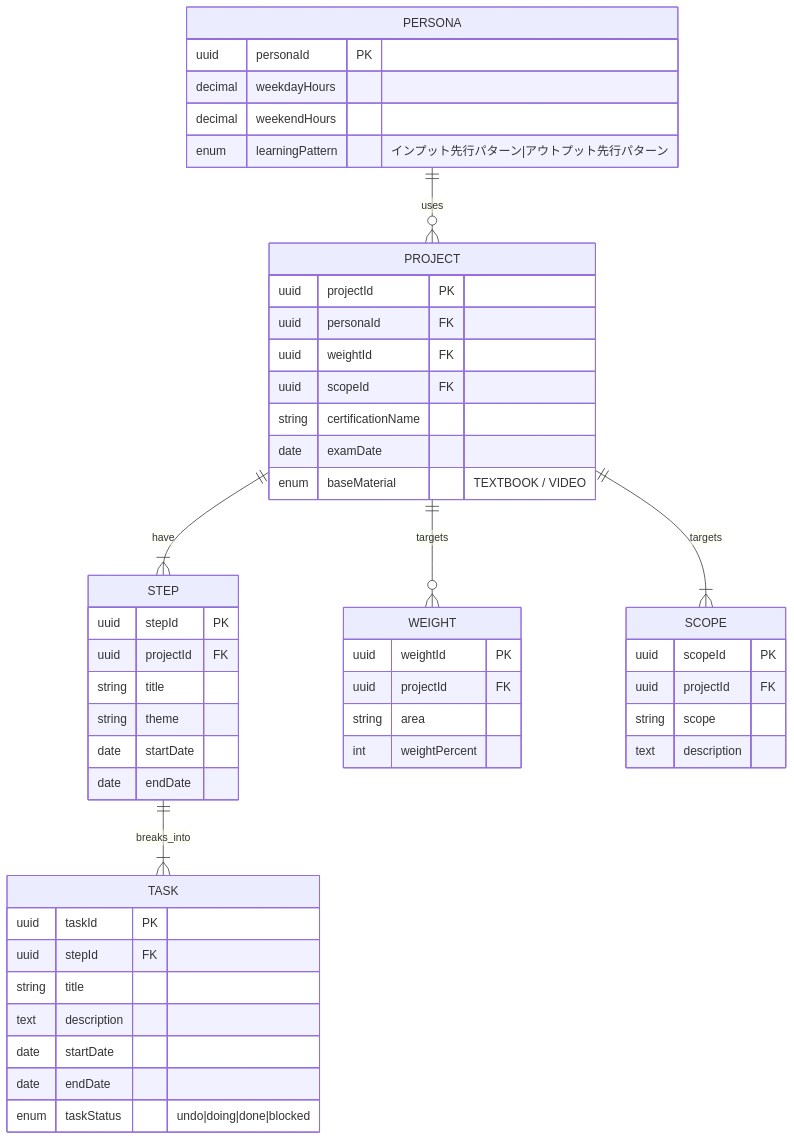
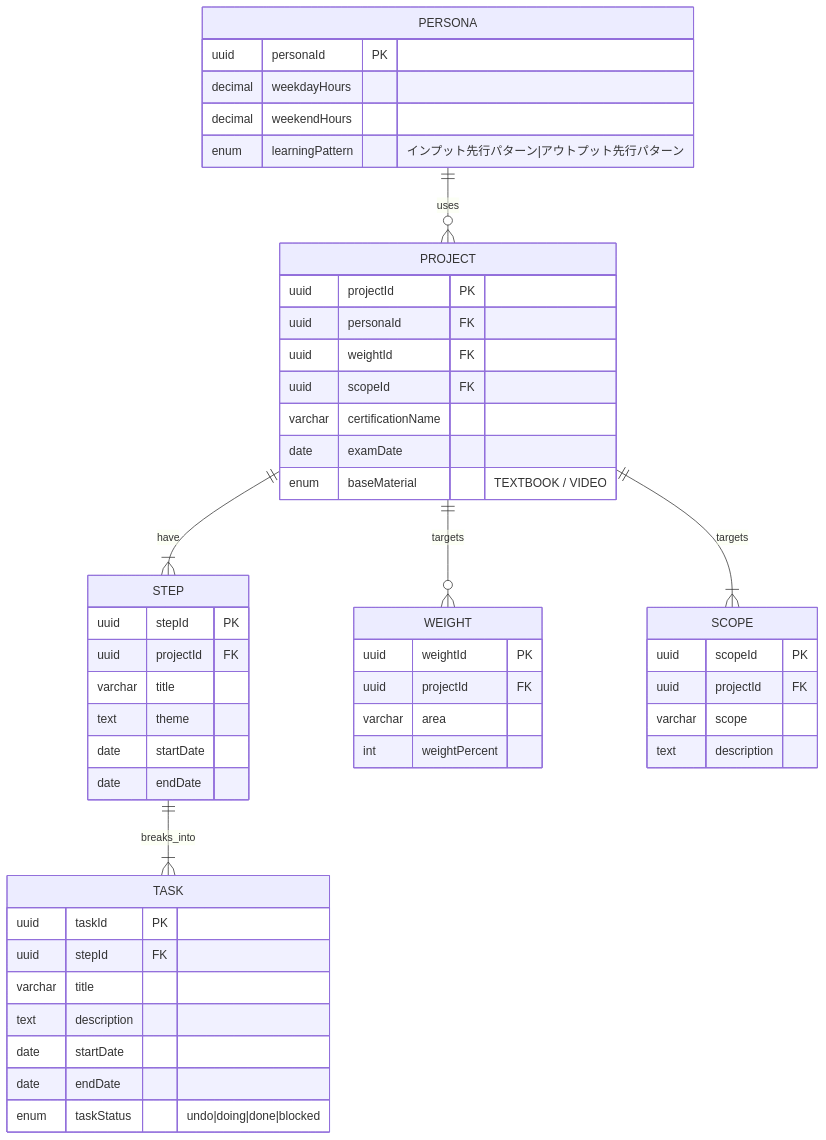
One commit to study-basic-hackathon/lazy-bear changed the diagram in docs/設計/erDiagram.md. Above: the diagram before and after it, drawn with Mermaid.

Commit message:
string部分をvarcharとtextに分解

````diff
--- a/docs/設計/erDiagram.md
+++ b/docs/設計/erDiagram.md
@@ -3,58 +3,58 @@
 ```mermaid
 erDiagram
     PROJECT ||--|{ STEP : have
     STEP ||--|{ TASK : breaks_into
     PERSONA ||--o{ PROJECT : uses
     PROJECT ||--o{ WEIGHT : targets
     PROJECT ||--|{ SCOPE : targets
 
     PROJECT {
         uuid projectId PK
         uuid personaId FK
         uuid weightId FK
         uuid scopeId FK
-        string certificationName
+        varchar certificationName
         date examDate
         enum baseMaterial "TEXTBOOK / VIDEO"
     }
 
     STEP {
         uuid stepId PK
         uuid projectId FK
-        string title
-        string theme
+        varchar title
+        text theme
         date startDate
         date endDate
     }
 
     TASK {
         uuid taskId PK
         uuid stepId FK
-        string title
+        varchar title
         text description
         date startDate
         date endDate
         enum taskStatus "undo|doing|done|blocked"
     }
 
     PERSONA {
         uuid personaId PK
         decimal weekdayHours
         decimal weekendHours
         enum learningPattern "インプット先行パターン|アウトプット先行パターン"
     }
 
     WEIGHT {
         uuid weightId PK
         uuid projectId FK
-        string area
+        varchar area
         int weightPercent
     }
 
     SCOPE {
         uuid scopeId PK
         uuid projectId FK
-        string scope
+        varchar scope
         text description
     }
 ```
````
